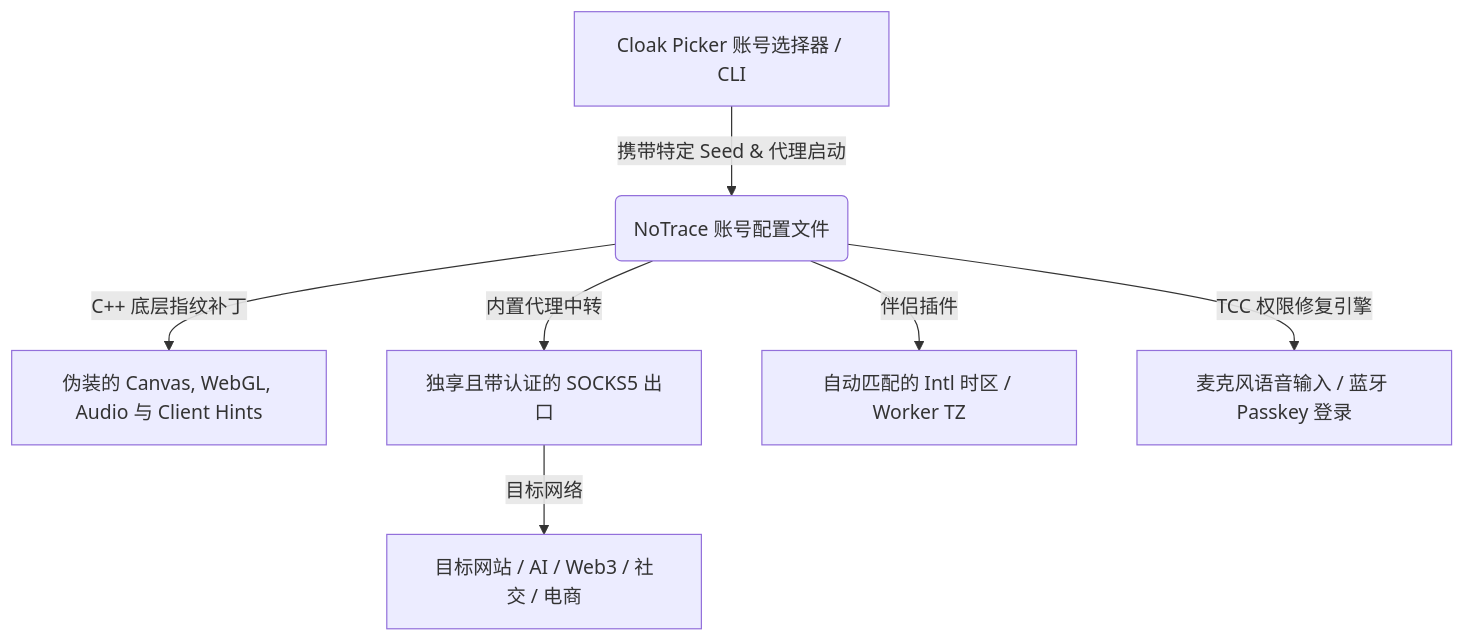
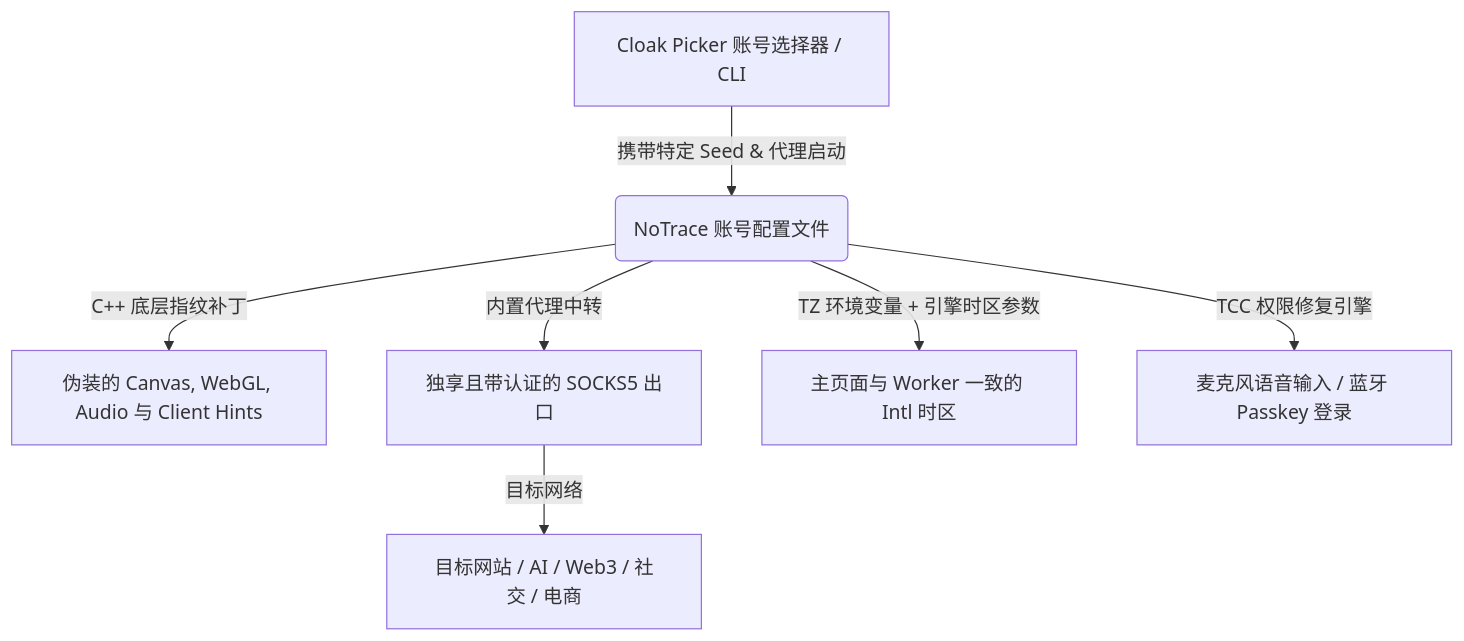
One commit to GravityPoet/notrace-browser changed the diagram in README.zh-CN.md. Above: the diagram before and after it, drawn with Mermaid. The commit also changed 4 other files, not shown here.

````diff
--- a/README.zh-CN.md
+++ b/README.zh-CN.md
@@ -20,9 +20,9 @@
 ```mermaid
 graph TD
     A[Cloak Picker 账号选择器 / CLI] -->|携带特定 Seed & 代理启动| B(NoTrace 账号配置文件)
     B -->|C++ 底层指纹补丁| C[伪装的 Canvas, WebGL, Audio 与 Client Hints]
     B -->|内置代理中转| D[独享且带认证的 SOCKS5 出口]
-    B -->|伴侣插件| E[自动匹配的 Intl 时区 / Worker TZ]
+    B -->|TZ 环境变量 + 引擎时区参数| E[主页面与 Worker 一致的 Intl 时区]
     B -->|TCC 权限修复引擎| F[麦克风语音输入 / 蓝牙 Passkey 登录]
     D -->|目标网络| G[目标网站 / AI / Web3 / 社交 / 电商]
 ```
````
